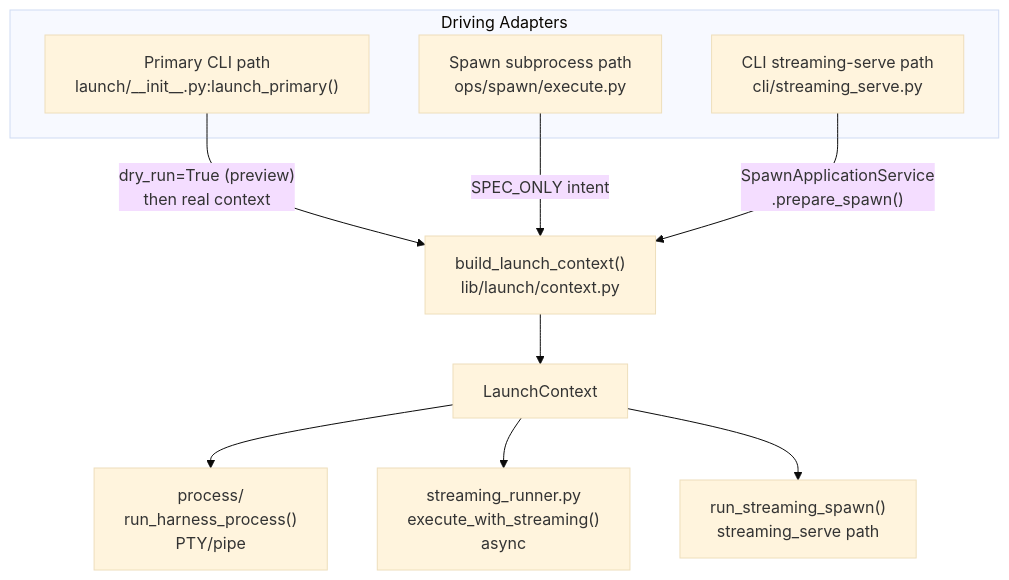
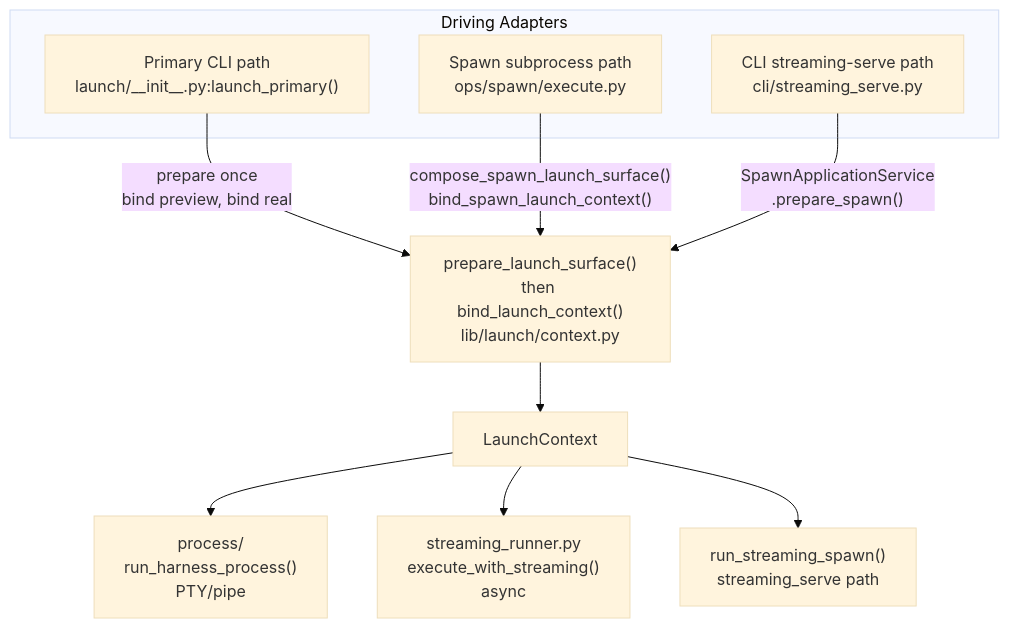
Before and after one commit to haowjy/meridian-cli-kb: the second of 2 diagrams in kb/architecture/launch-system.md, drawn with Mermaid (base theme). The commit also changed other lines of this file, not shown here.

````diff
--- a/kb/architecture/launch-system.md
+++ b/kb/architecture/launch-system.md
@@ -261,20 +261,20 @@
 ```mermaid
 graph TD
     subgraph "Driving Adapters"
         PRI["Primary CLI path\nlaunch/__init__.py:launch_primary()"]
         SPAWN["Spawn subprocess path\nops/spawn/execute.py"]
         SERVE["CLI streaming-serve path\ncli/streaming_serve.py"]
     end
 
-    FACTORY["build_launch_context()\nlib/launch/context.py"]
+    FACTORY["prepare_launch_surface()\nthen bind_launch_context()\nlib/launch/context.py"]
 
-    PRI -->|"dry_run=True (preview)\nthen real context"| FACTORY
-    SPAWN -->|"SPEC_ONLY intent"| FACTORY
+    PRI -->|"prepare once\nbind preview, bind real"| FACTORY
+    SPAWN -->|"compose_spawn_launch_surface()\nbind_spawn_launch_context()"| FACTORY
     SERVE -->|"SpawnApplicationService\n.prepare_spawn()"| FACTORY
 
     FACTORY --> LC["LaunchContext"]
 
     LC --> PROC["process/\nrun_harness_process()\nPTY/pipe"]
     LC --> STREAM["streaming_runner.py\nexecute_with_streaming()\nasync"]
     LC --> RSTREAM["run_streaming_spawn()\nstreaming_serve path"]
 ```
````
